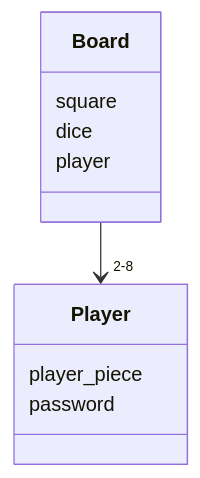
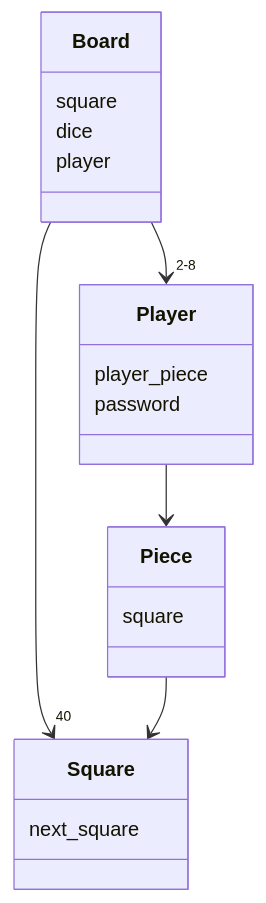
One commit to JesseHantula/JokerPoker changed the diagram in laskarit/viikko3/classdiagram.md. Above: the diagram before and after it, drawn with Mermaid.

````diff
--- a/laskarit/viikko3/classdiagram.md
+++ b/laskarit/viikko3/classdiagram.md
@@ -1,13 +1,22 @@
 ```mermaid
 classDiagram
     Board --> "2-8" Player
+    Board --> "40" Square
+    Piece --> Square
+    Player --> Piece
       class Player{
-          player_piece
-          password
+        player_piece
+        password
       }
       class Board{
-          square
-          dice
-          player
+        square
+        dice
+        player
+      }
+      class Square{
+        next_square
+      }
+      class Piece{
+        square
       }
 ```
````
